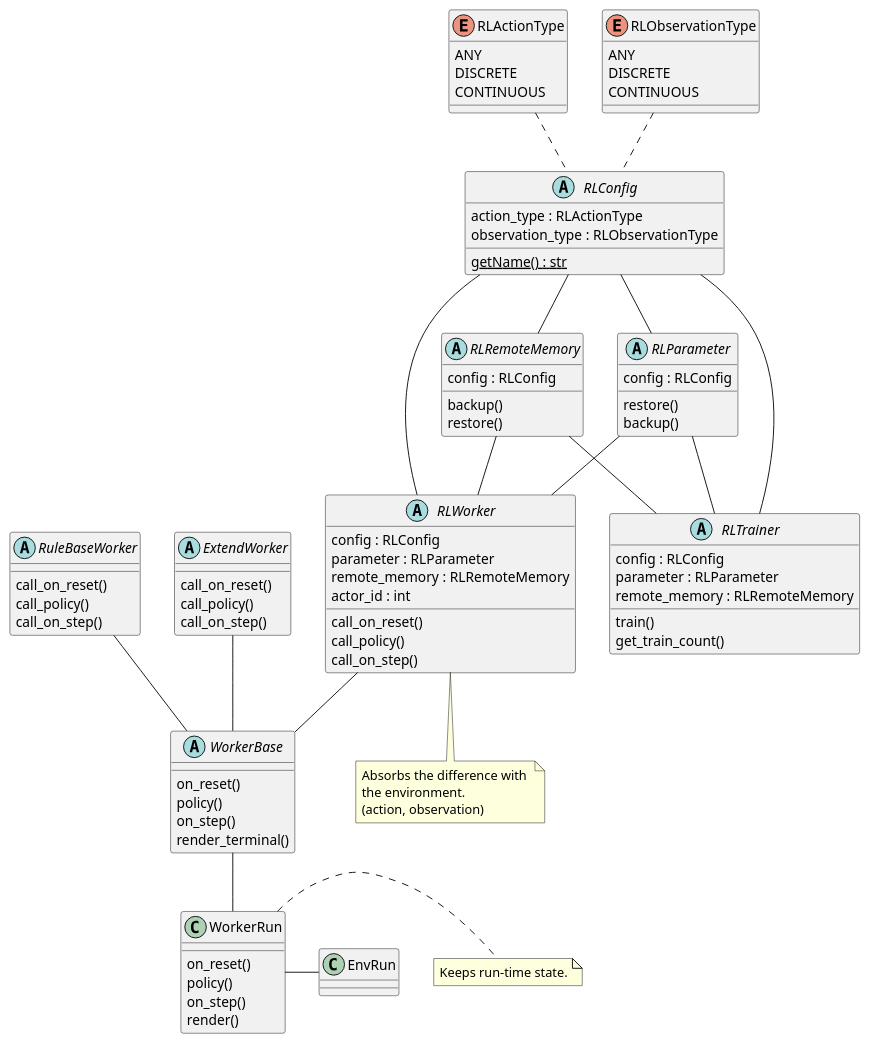
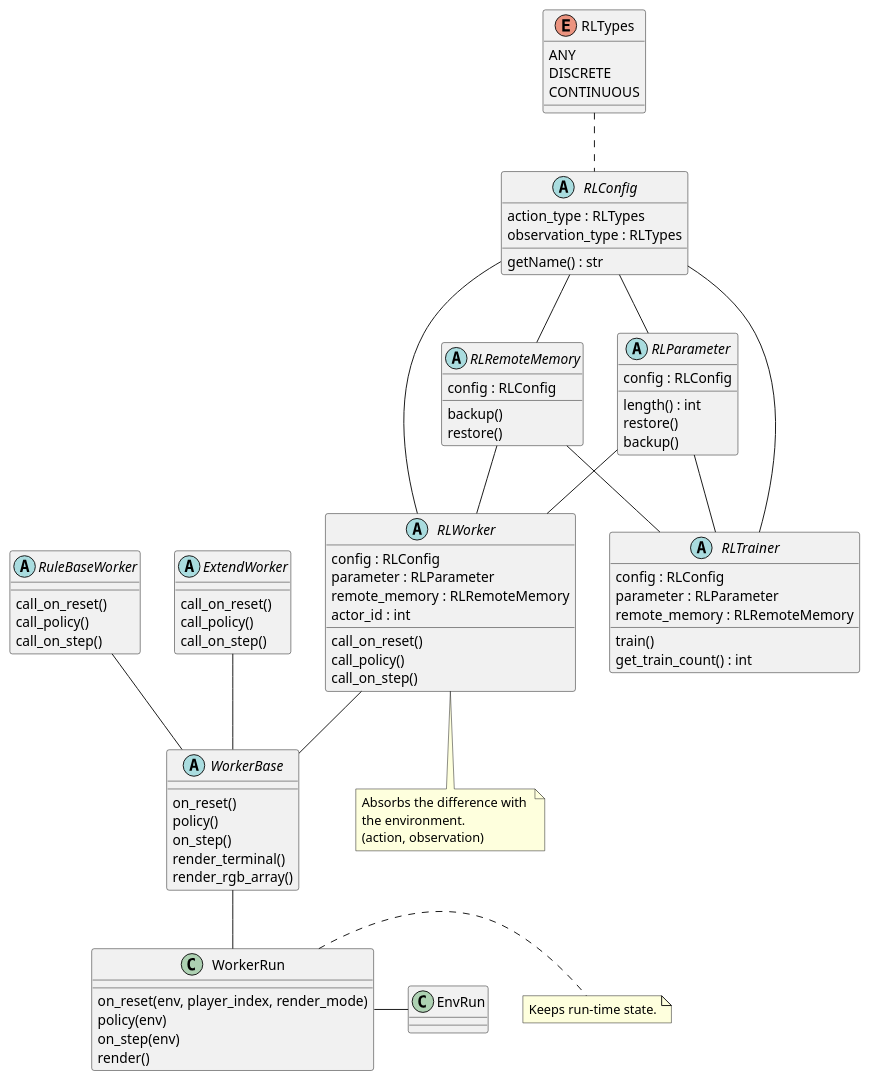
One commit to pocokhc/simple_distributed_rl changed the diagram in diagrams/class_rl.pu. Above: the diagram before and after it, drawn with PlantUML. The commit also changed 4 other files, not shown here.

Commit message:
docs[diagrams]:class diagram update

```diff
--- a/diagrams/class_rl.pu
+++ b/diagrams/class_rl.pu
@@ -1,118 +1,110 @@
 @startuml class_rl
 
-enum RLActionType {
-    ANY
-    DISCRETE
-    CONTINUOUS
-}
-
-enum RLObservationType {
+enum RLTypes {
     ANY
     DISCRETE
     CONTINUOUS
 }
 
 
 class EnvRun {}
 
 
 class WorkerRun {
-    on_reset()
-    policy()
-    on_step()
+    on_reset(env, player_index, render_mode)
+    policy(env)
+    on_step(env)
     render()
 }
 
 WorkerRun - EnvRun
 
 note "Keeps run-time state." as WorkerRunMemo
 WorkerRun . WorkerRunMemo
 
 
 abstract WorkerBase {
     on_reset()
     policy()
     on_step()
     render_terminal()
+    render_rgb_array()
 }
 WorkerBase -- WorkerRun
-
 
 
 abstract RuleBaseWorker {
     call_on_reset()
     call_policy()
     call_on_step()
 }
 
 RuleBaseWorker -- WorkerBase
 
 
 abstract ExtendWorker {
     call_on_reset()
     call_policy()
     call_on_step()
 }
 
 ExtendWorker -- WorkerBase
-
 
 
 abstract RLWorker {
     config : RLConfig
     parameter : RLParameter
     remote_memory : RLRemoteMemory
     actor_id : int
     call_on_reset()
     call_policy()
     call_on_step()
 }
 
 
 RLWorker -- WorkerBase
 
 note "Absorbs the difference with \nthe environment.\n(action, observation)" as RLWorkerMemo
 RLWorker .. RLWorkerMemo
 
 
 abstract RLTrainer {
     config : RLConfig
     parameter : RLParameter
     remote_memory : RLRemoteMemory
     train()
-    get_train_count()
+    get_train_count() : int
 }
 
 abstract RLRemoteMemory {
     config : RLConfig
     backup()
     restore()
 }
 
 abstract RLParameter {
     config : RLConfig
+    length() : int
     restore()
     backup()
 }
 
+abstract RLConfig {
+    getName() : str
+    action_type : RLTypes
+    observation_type : RLTypes
+}
 
-abstract RLConfig {
-    {static} getName() : str
-    action_type : RLActionType
-    observation_type : RLObservationType
-}
-RLActionType .. RLConfig
-RLObservationType .. RLConfig
+RLTypes .. RLConfig
 
 RLConfig --- RLWorker
 RLConfig --- RLTrainer
 RLConfig -- RLParameter
 RLConfig -- RLRemoteMemory
 
 RLParameter -- RLWorker
 RLParameter -- RLTrainer
 RLRemoteMemory -- RLWorker
 RLRemoteMemory -- RLTrainer
 
-
 @enduml
```
